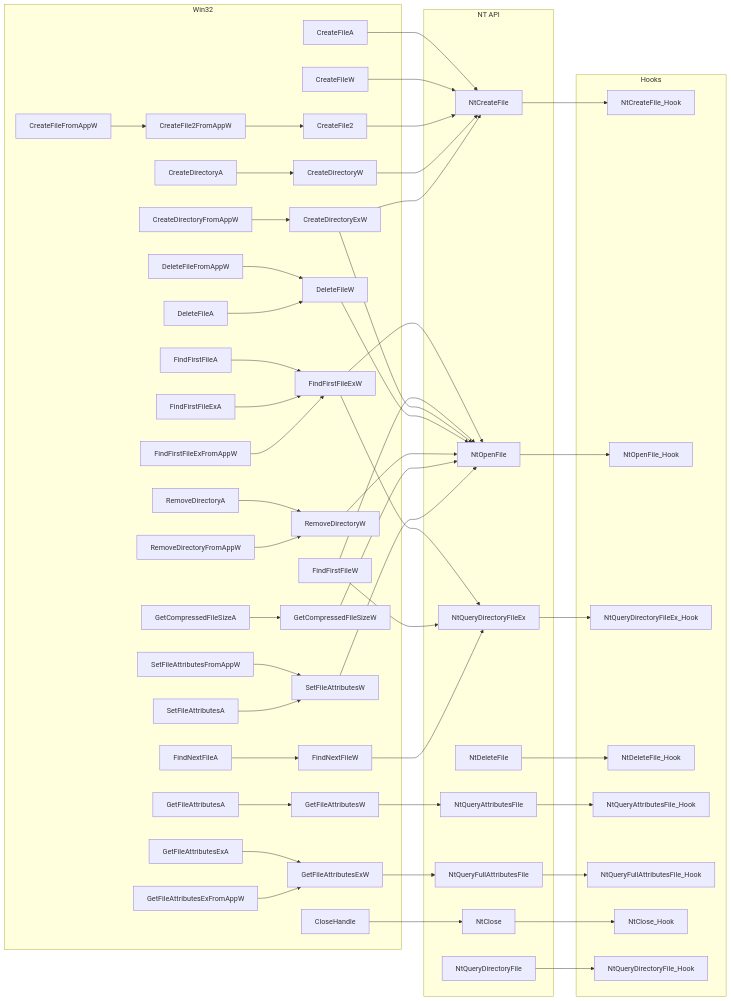
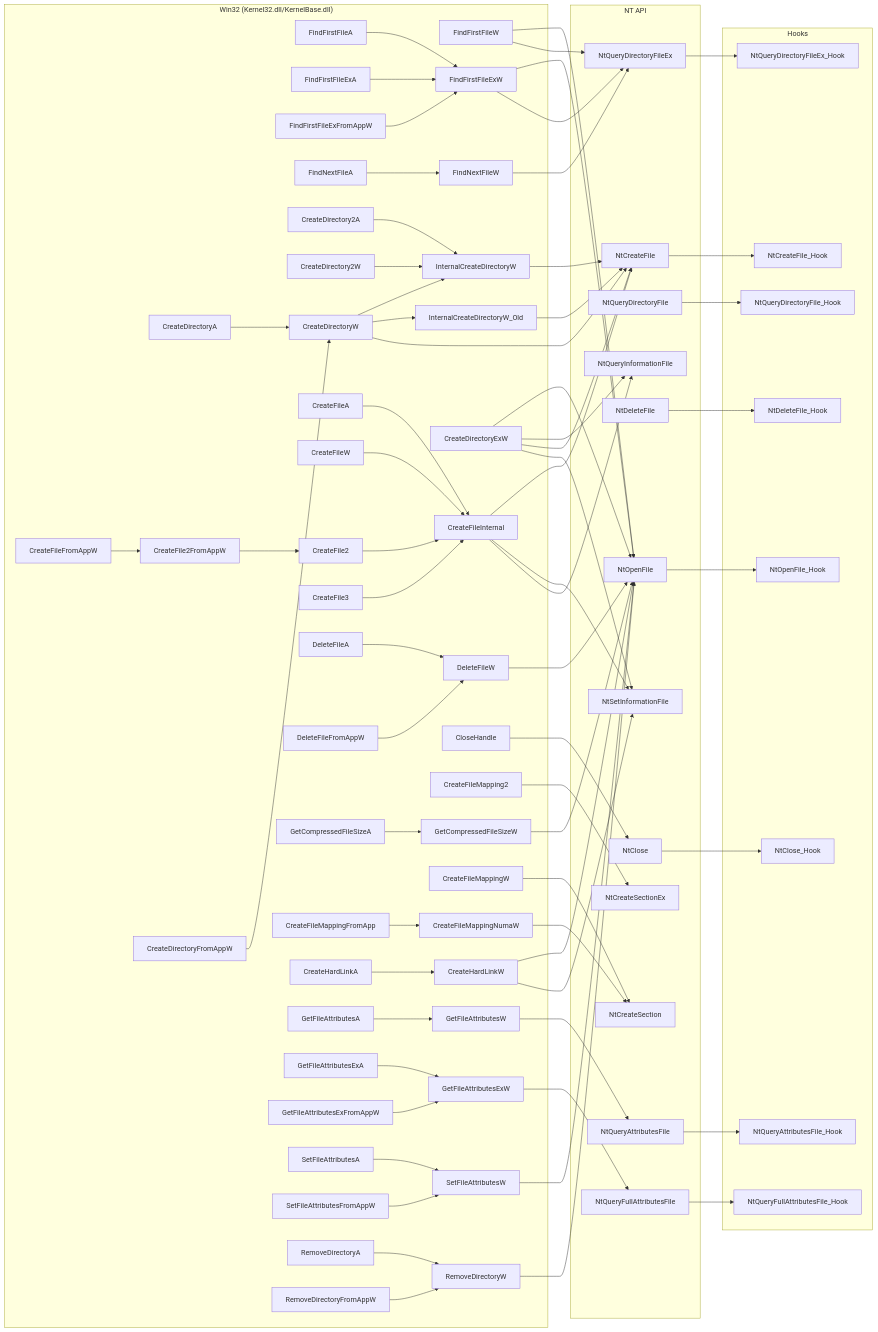
One commit to Sewer56/vfs-writeup changed the diagram in docs/index.md. Above: the diagram before and after it, drawn with Mermaid. The commit also changed other lines of this file, not shown here.

Commit message:
Added: Some of the Missing Hooks APIs

````diff
--- a/docs/index.md
+++ b/docs/index.md
@@ -209,6 +216,6 @@
 ```mermaid
 flowchart LR
-    subgraph Win32
+    subgraph Win32["Win32 (Kernel32.dll/KernelBase.dll)"]
 
     %% Definitions
     FindFirstFileA
@@ -219,11 +226,17 @@
     FindNextFileA
     FindNextFileW
 
+    CreateDirectory2A
+    CreateDirectory2W
     CreateDirectoryA
     CreateDirectoryW
+    InternalCreateDirectoryW
+    InternalCreateDirectoryW_Old
     CreateFileA
     CreateFileW
     CreateFile2
+    CreateFile3
+    CreateFileInternal
     CreateFile2FromAppW
     CreateFileFromAppW
     CreateDirectoryExW
@@ -234,6 +247,14 @@
     GetCompressedFileSizeA
     GetCompressedFileSizeW
     CloseHandle
+
+    CreateFileMapping2
+    CreateFileMappingFromApp
+    CreateFileMappingNumaW
+    CreateFileMappingW
+
+    CreateHardLinkA
+    CreateHardLinkW
 
     GetFileAttributesA
     GetFileAttributesExA
@@ -253,9 +274,17 @@
     FindFirstFileExA --> FindFirstFileExW
     FindFirstFileExFromAppW --> FindFirstFileExW
     FindNextFileA --> FindNextFileW
+    CreateDirectory2A --> InternalCreateDirectoryW
+    CreateDirectory2W --> InternalCreateDirectoryW
     CreateDirectoryA --> CreateDirectoryW
+    CreateDirectoryW --> InternalCreateDirectoryW
+    CreateDirectoryW --> InternalCreateDirectoryW_Old
+    CreateFileA --> CreateFileInternal
+    CreateFileW --> CreateFileInternal
+    CreateFile2 --> CreateFileInternal
+    CreateFile3 --> CreateFileInternal
     CreateFile2FromAppW --> CreateFile2
-    CreateDirectoryFromAppW --> CreateDirectoryExW
+    CreateDirectoryFromAppW --> CreateDirectoryW
     CreateFileFromAppW --> CreateFile2FromAppW
     DeleteFileFromAppW --> DeleteFileW
     DeleteFileA --> DeleteFileW
@@ -267,6 +296,8 @@
     RemoveDirectoryFromAppW --> RemoveDirectoryW
     SetFileAttributesFromAppW --> SetFileAttributesW
     SetFileAttributesA --> SetFileAttributesW
+    CreateFileMappingFromApp --> CreateFileMappingNumaW
+    CreateHardLinkA --> CreateHardLinkW
     end
 
     subgraph NT API
@@ -278,6 +309,10 @@
     NtDeleteFile
     NtQueryAttributesFile
     NtQueryFullAttributesFile
+    NtQueryInformationFile
+    NtSetInformationFile
+    NtCreateSection
+    NtCreateSectionEx
     NtClose
 
     %%% Win32 -> NT API
@@ -286,16 +321,25 @@
     FindFirstFileW --> NtOpenFile
     FindFirstFileW --> NtQueryDirectoryFileEx
     FindNextFileW --> NtQueryDirectoryFileEx
-    CreateFileA --> NtCreateFile
-    CreateFileW --> NtCreateFile
-    CreateFile2 --> NtCreateFile
+    CreateFileInternal --> NtCreateFile
+    CreateFileInternal --> NtSetInformationFile
+    CreateFileInternal --> NtQueryInformationFile
     CreateDirectoryW --> NtCreateFile
+    InternalCreateDirectoryW --> NtCreateFile
+    InternalCreateDirectoryW_Old --> NtCreateFile
     CreateDirectoryExW --> NtOpenFile
+    CreateDirectoryExW --> NtQueryInformationFile
     CreateDirectoryExW --> NtCreateFile
+    CreateDirectoryExW --> NtSetInformationFile
     DeleteFileW --> NtOpenFile
     RemoveDirectoryW --> NtOpenFile
     GetCompressedFileSizeW --> NtOpenFile
     CloseHandle --> NtClose
+    CreateFileMapping2 --> NtCreateSectionEx
+    CreateFileMappingNumaW --> NtCreateSection
+    CreateFileMappingW --> NtCreateSection
+    CreateHardLinkW --> NtOpenFile
+    CreateHardLinkW --> NtSetInformationFile
     GetFileAttributesExW --> NtQueryFullAttributesFile
     GetFileAttributesW --> NtQueryAttributesFile
     SetFileAttributesW --> NtOpenFile
````
